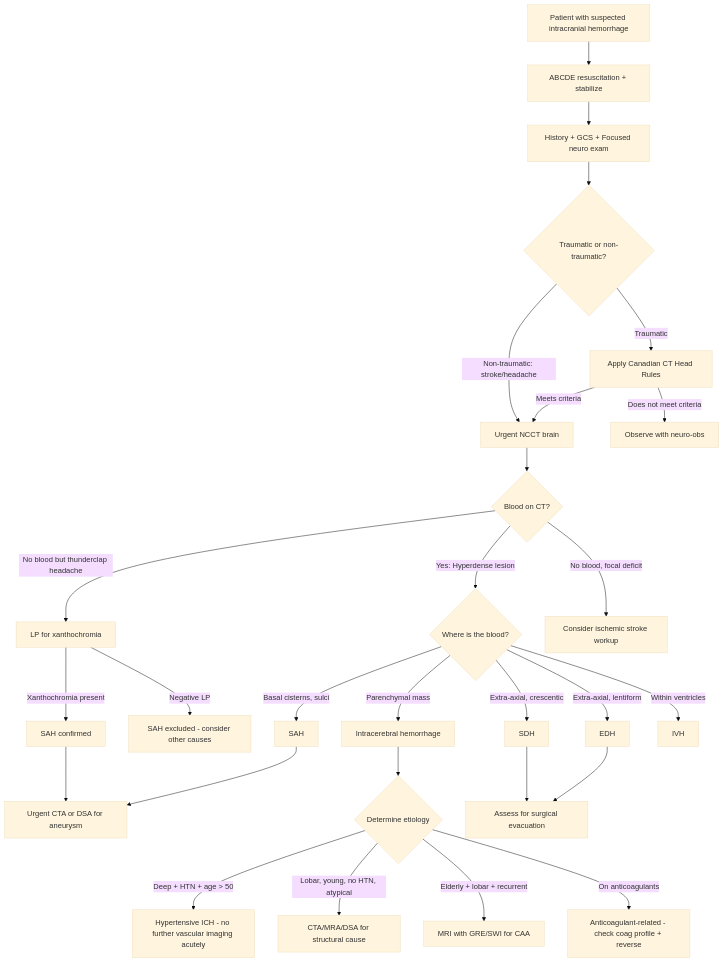
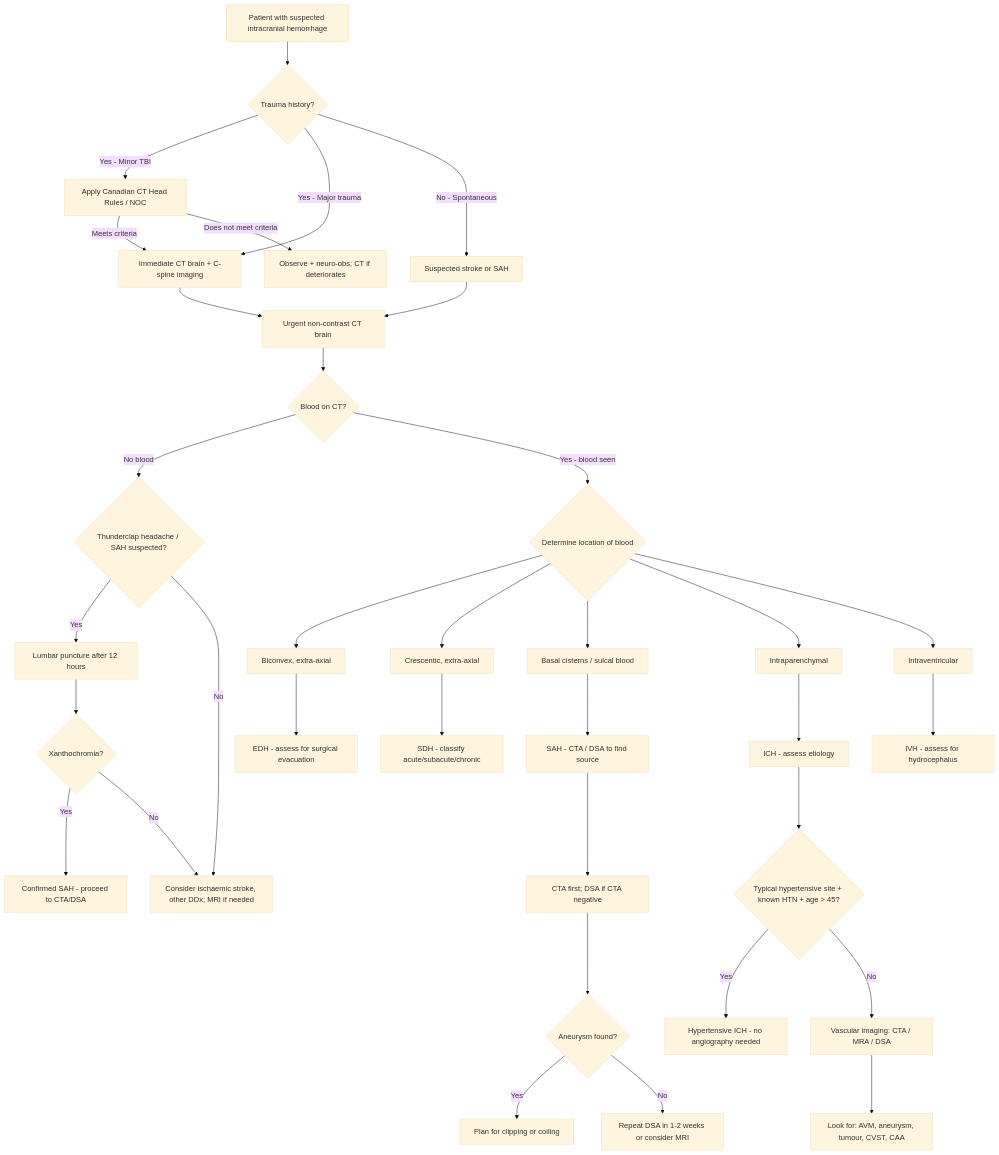
Before and after one commit to techjason/mbbspedia: the diagram in content/fragments/general-surgery/intracranial-hemorrhage/dx.mdx, drawn with Mermaid (base theme). The commit also changed other lines of this file and 7 other files, not shown here.

First line of the commit message:
Add new documentation for intracranial hemorrhage in general surgery

````diff
--- a/content/fragments/general-surgery/intracranial-hemorrhage/dx.mdx
+++ b/content/fragments/general-surgery/intracranial-hemorrhage/dx.mdx
@@ -114,38 +69,40 @@
 ```mermaid
 graph TD
-    A["Patient with suspected intracranial hemorrhage"] --> B["ABCDE resuscitation + stabilize"]
-    B --> C["History + GCS + Focused neuro exam"]
-    C --> D{"Traumatic or non-traumatic?"}
+    A["Patient with suspected intracranial hemorrhage"] --> B{"Trauma history?"}
+    B -->|Yes - Minor TBI| C["Apply Canadian CT Head Rules / NOC"]
+    B -->|Yes - Major trauma| D["Immediate CT brain + C-spine imaging"]
+    B -->|No - Spontaneous| E["Suspected stroke or SAH"]
     
-    D -->|"Traumatic"| E["Apply Canadian CT Head Rules"]
-    E -->|"Meets criteria"| F["Urgent NCCT brain"]
-    E -->|"Does not meet criteria"| G["Observe with neuro-obs"]
+    C -->|Meets criteria| D
+    C -->|Does not meet criteria| C1["Observe + neuro-obs; CT if deteriorates"]
     
-    D -->|"Non-traumatic: stroke/headache"| F
+    D --> F["Urgent non-contrast CT brain"]
+    E --> F
     
-    F --> H{"Blood on CT?"}
-    H -->|"Yes: Hyperdense lesion"| I{"Where is the blood?"}
-    H -->|"No blood but thunderclap headache"| J["LP for xanthochromia"]
-    H -->|"No blood, focal deficit"| K["Consider ischemic stroke workup"]
+    F --> G{"Blood on CT?"}
+    G -->|No blood| H{"Thunderclap headache / SAH suspected?"}
+    G -->|Yes - blood seen| I{"Determine location of blood"}
     
-    J -->|"Xanthochromia present"| L["SAH confirmed"]
-    J -->|"Negative LP"| M["SAH excluded - consider other causes"]
+    H -->|Yes| J["Lumbar puncture after 12 hours"]
+    H -->|No| K["Consider ischaemic stroke, other DDx; MRI if needed"]
     
-    I -->|"Extra-axial, lentiform"| N["EDH"]
-    I -->|"Extra-axial, crescentic"| O["SDH"]
-    I -->|"Basal cisterns, sulci"| P["SAH"]
-    I -->|"Parenchymal mass"| Q["Intracerebral hemorrhage"]
-    I -->|"Within ventricles"| R["IVH"]
+    J --> J1{"Xanthochromia?"}
+    J1 -->|Yes| L["Confirmed SAH - proceed to CTA/DSA"]
+    J1 -->|No| K
     
-    P --> S["Urgent CTA or DSA for aneurysm"]
-    L --> S
+    I --> M["Biconvex, extra-axial"] --> M1["EDH - assess for surgical evacuation"]
+    I --> N["Crescentic, extra-axial"] --> N1["SDH - classify acute/subacute/chronic"]
+    I --> O["Basal cisterns / sulcal blood"] --> O1["SAH - CTA / DSA to find source"]
+    I --> P["Intraparenchymal"] --> P1["ICH - assess etiology"]
+    I --> Q["Intraventricular"] --> Q1["IVH - assess for hydrocephalus"]
     
-    Q --> T{"Determine etiology"}
-    T -->|"Deep + HTN + age > 50"| U["Hypertensive ICH - no further vascular imaging acutely"]
-    T -->|"Lobar, young, no HTN, atypical"| V["CTA/MRA/DSA for structural cause"]
-    T -->|"Elderly + lobar + recurrent"| W["MRI with GRE/SWI for CAA"]
-    T -->|"On anticoagulants"| X["Anticoagulant-related - check coag profile + reverse"]
+    P1 --> R{"Typical hypertensive site + known HTN + age > 45?"}
+    R -->|Yes| R1["Hypertensive ICH - no angiography needed"]
+    R -->|No| R2["Vascular imaging: CTA / MRA / DSA"]
+    R2 --> S["Look for: AVM, aneurysm, tumour, CVST, CAA"]
     
-    N --> Y["Assess for surgical evacuation"]
-    O --> Y
+    O1 --> T["CTA first; DSA if CTA negative"]
+    T --> T1{"Aneurysm found?"}
+    T1 -->|Yes| T2["Plan for clipping or coiling"]
+    T1 -->|No| T3["Repeat DSA in 1-2 weeks or consider MRI"]
 ```
````
